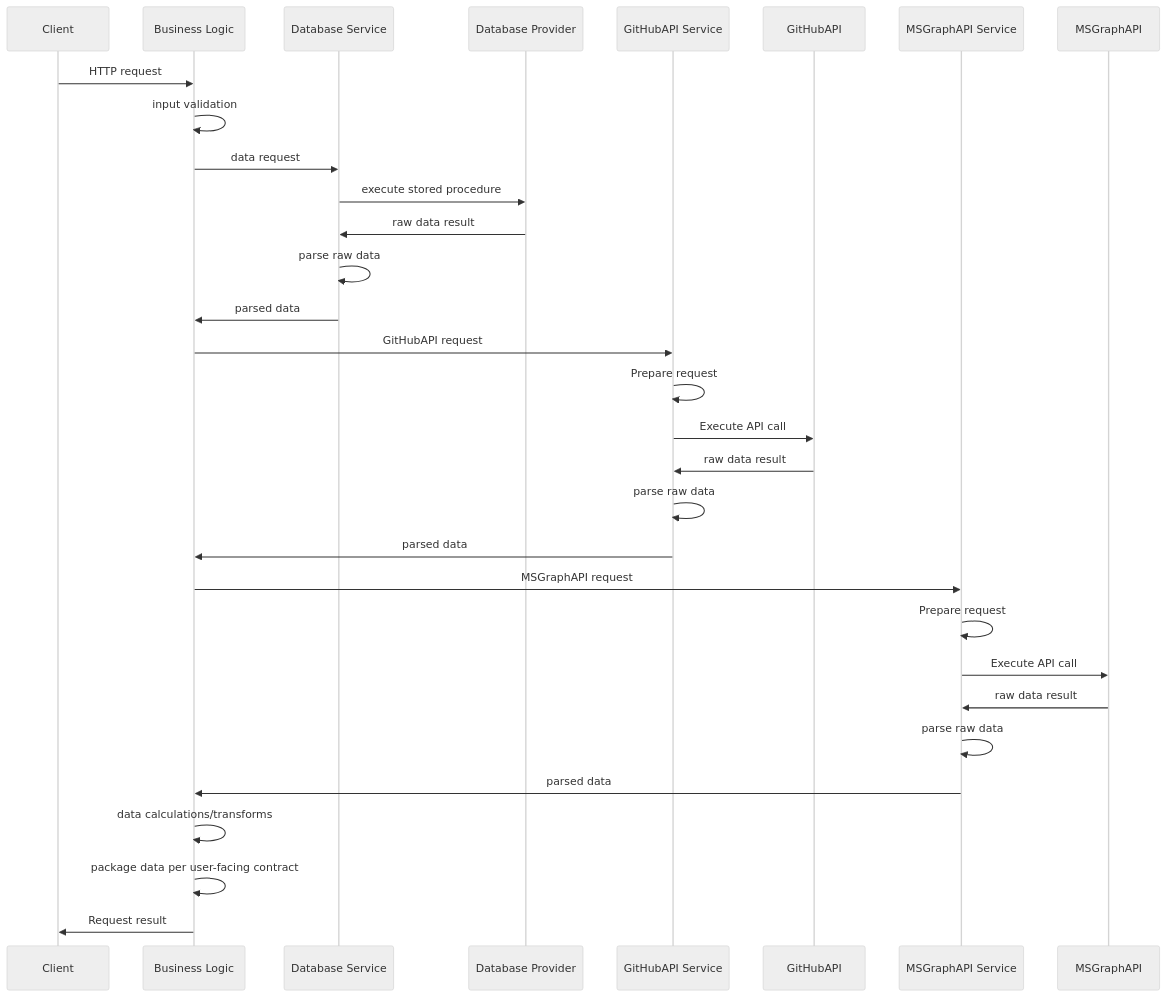
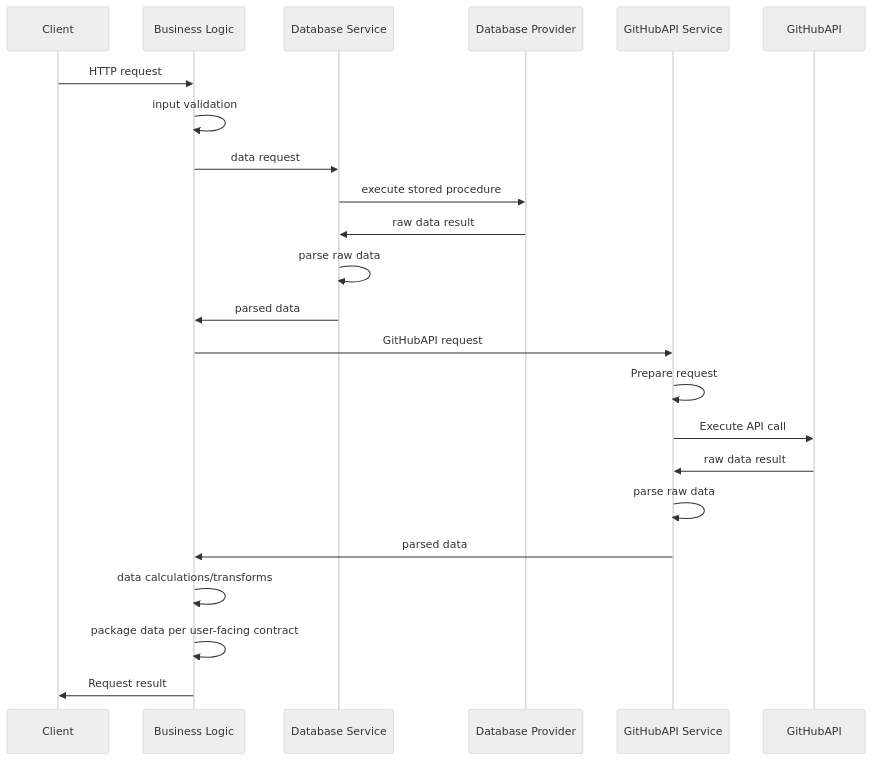
One commit to Avanade/gh-management changed the diagram in README.md. Above: the diagram before and after it, drawn with Mermaid (neutral theme).

````diff
--- a/README.md
+++ b/README.md
@@ -32,33 +32,25 @@
   ```mermaid
   sequenceDiagram
     participant Client
     participant Business Logic
     participant Database Service
     participant Database Provider
     participant GitHubAPI Service
     participant GitHubAPI
-    participant MSGraphAPI Service
-    participant MSGraphAPI
     Client->>Business Logic: HTTP request
     Business Logic->>Business Logic: input validation
     Business Logic->>Database Service: data request
     Database Service->>Database Provider: execute stored procedure
     Database Provider->>Database Service: raw data result
     Database Service->>Database Service: parse raw data
     Database Service->>Business Logic: parsed data
     Business Logic->>GitHubAPI Service: GitHubAPI request
     GitHubAPI Service->>GitHubAPI Service: Prepare request
     GitHubAPI Service->>GitHubAPI: Execute API call
     GitHubAPI->>GitHubAPI Service: raw data result
     GitHubAPI Service->>GitHubAPI Service: parse raw data
     GitHubAPI Service->>Business Logic: parsed data
-    Business Logic->>MSGraphAPI Service: MSGraphAPI request
-    MSGraphAPI Service->>MSGraphAPI Service: Prepare request
-    MSGraphAPI Service->>MSGraphAPI: Execute API call
-    MSGraphAPI->>MSGraphAPI Service: raw data result
-    MSGraphAPI Service->>MSGraphAPI Service: parse raw data
-    MSGraphAPI Service->>Business Logic: parsed data
     Business Logic->>Business Logic:data calculations/transforms
     Business Logic->>Business Logic: package data per user-facing contract
     Business Logic->>Client: Request result
   ```
````
